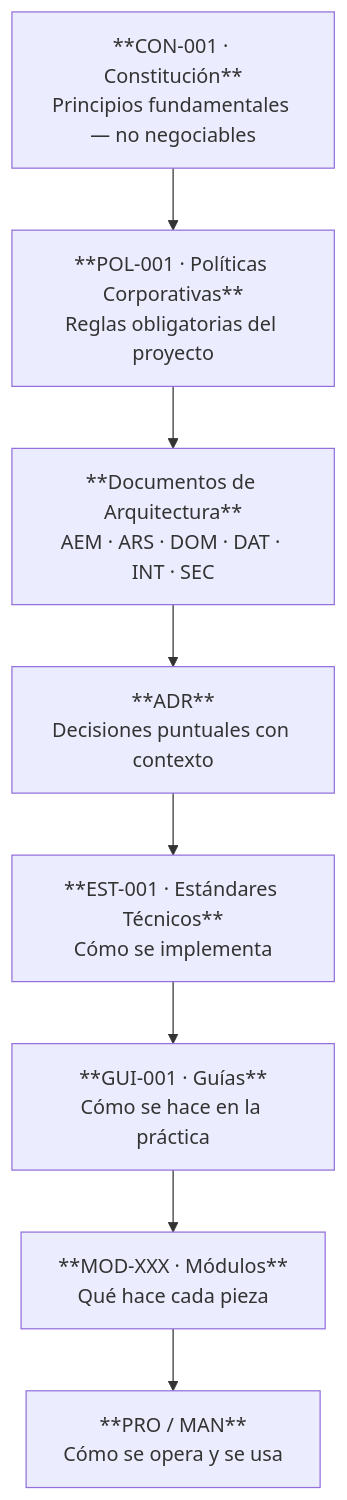
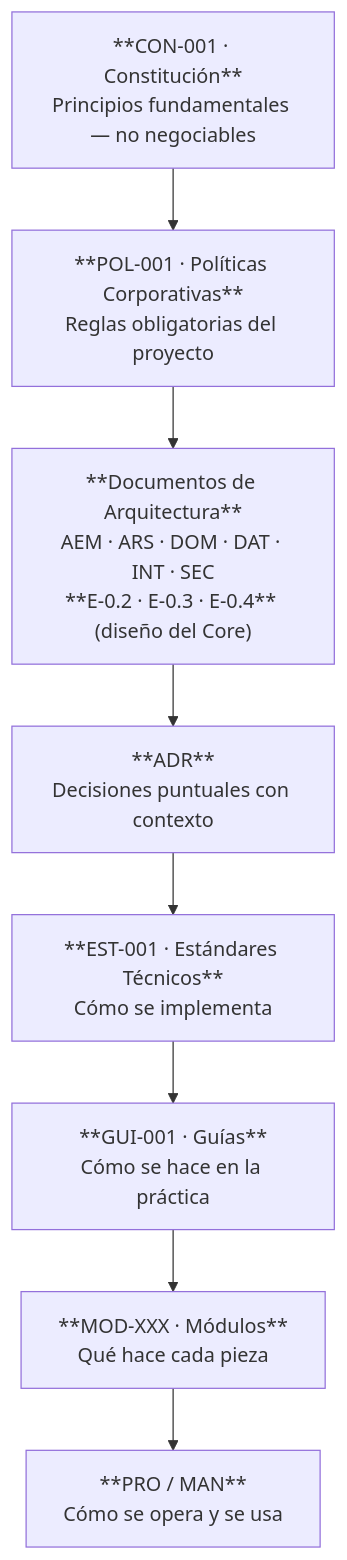
The first of 2 diagrams in docs/gobierno/00-INDICE-MAESTRO.md (datafastperu-cmyk/datafast-crm), drawn with Mermaid before and after one commit. The commit also changed other lines of this file and 11 other files, not shown here.

First line of the commit message:
docs(core): el diseno del Core queda cerrado, ratificado y con plan

````diff
--- a/docs/gobierno/00-INDICE-MAESTRO.md
+++ b/docs/gobierno/00-INDICE-MAESTRO.md
@@ -63,13 +77,13 @@
 ```mermaid
 flowchart TD
     CON["**CON-001 · Constitución**<br/>Principios fundamentales — no negociables"]
     POL["**POL-001 · Políticas Corporativas**<br/>Reglas obligatorias del proyecto"]
-    ARQ["**Documentos de Arquitectura**<br/>AEM · ARS · DOM · DAT · INT · SEC"]
+    ARQ["**Documentos de Arquitectura**<br/>AEM · ARS · DOM · DAT · INT · SEC<br/>**E-0.2 · E-0.3 · E-0.4** (diseño del Core)"]
     ADR["**ADR**<br/>Decisiones puntuales con contexto"]
     EST["**EST-001 · Estándares Técnicos**<br/>Cómo se implementa"]
     GUI["**GUI-001 · Guías**<br/>Cómo se hace en la práctica"]
     MOD["**MOD-XXX · Módulos**<br/>Qué hace cada pieza"]
     OPS["**PRO / MAN**<br/>Cómo se opera y se usa"]
 
     CON --> POL --> ARQ --> ADR --> EST --> GUI --> MOD --> OPS
 ```
````
